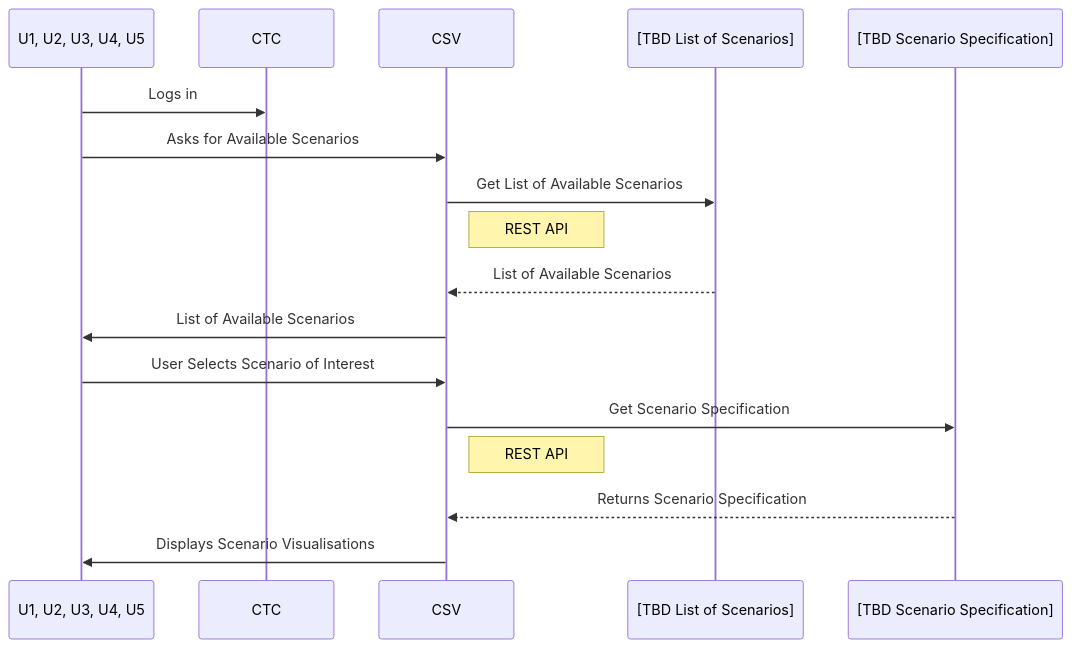
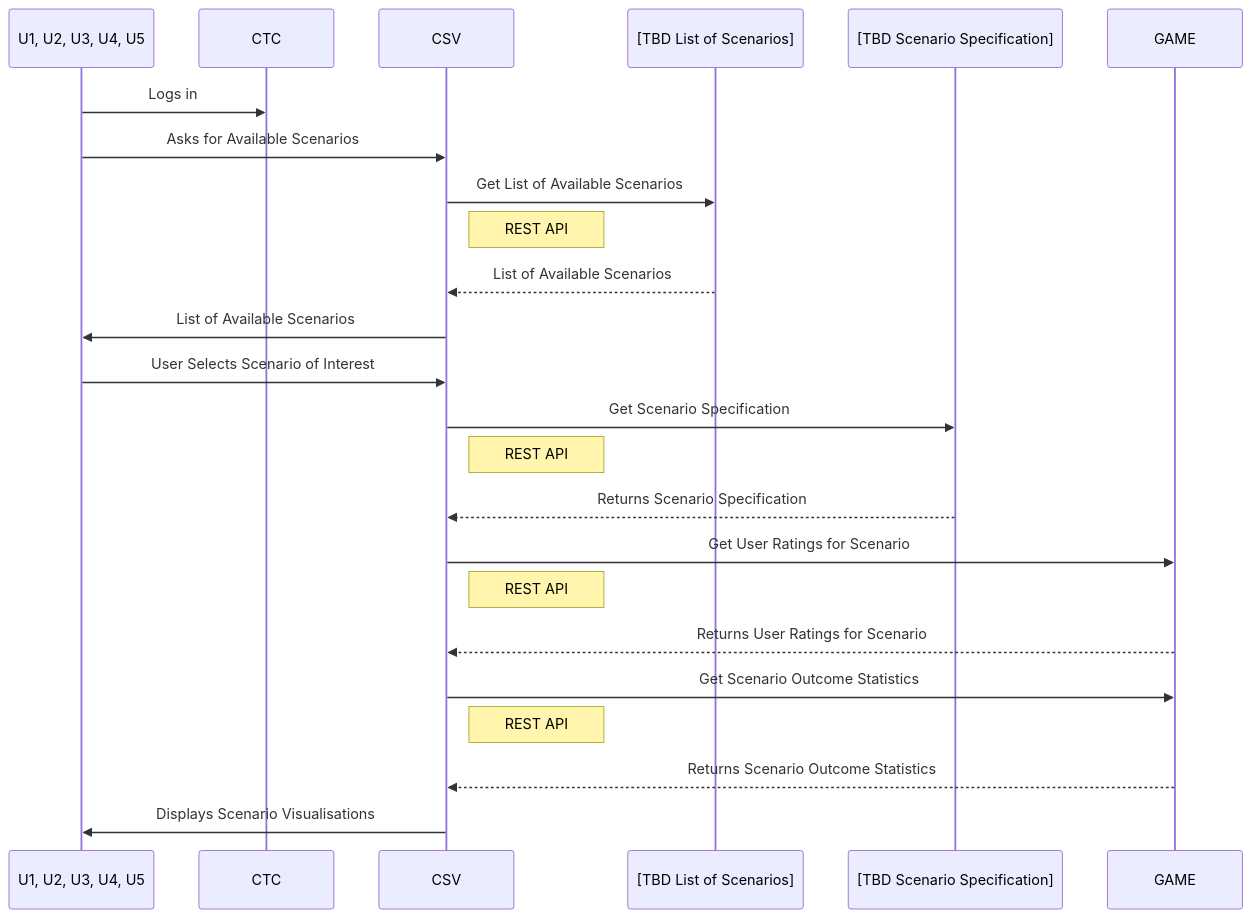
One commit to mactsouk/UC-mermaid changed the diagram in UC-A-04.md. Above: the diagram before and after it, drawn with Mermaid.

Commit message:
Add GAME participant for scenario statistics

````diff
--- a/UC-A-04.md
+++ b/UC-A-04.md
@@ -3,21 +3,33 @@
 ```mermaid
 sequenceDiagram
     participant U as U1, U2, U3, U4, U5
     participant CTC
     participant CSV
     participant TBD1 as [TBD List of Scenarios]
     participant TBD2 as [TBD Scenario Specification]
+    participant GAME
 
     U->>CTC: Logs in
     U->>CSV: Asks for Available Scenarios
+
     CSV->>TBD1: Get List of Available Scenarios
     Note right of CSV: REST API
     TBD1-->>CSV: List of Available Scenarios
+
     CSV->>U: List of Available Scenarios
     U->>CSV: User Selects Scenario of Interest
+
     CSV->>TBD2: Get Scenario Specification
     Note right of CSV: REST API
     TBD2-->>CSV: Returns Scenario Specification
 
+    CSV->>GAME: Get User Ratings for Scenario
+    Note right of CSV: REST API
+    GAME-->>CSV: Returns User Ratings for Scenario
+
+    CSV->>GAME: Get Scenario Outcome Statistics
+    Note right of CSV: REST API
+    GAME-->>CSV: Returns Scenario Outcome Statistics
+
     CSV->>U: Displays Scenario Visualisations
 ```
````
